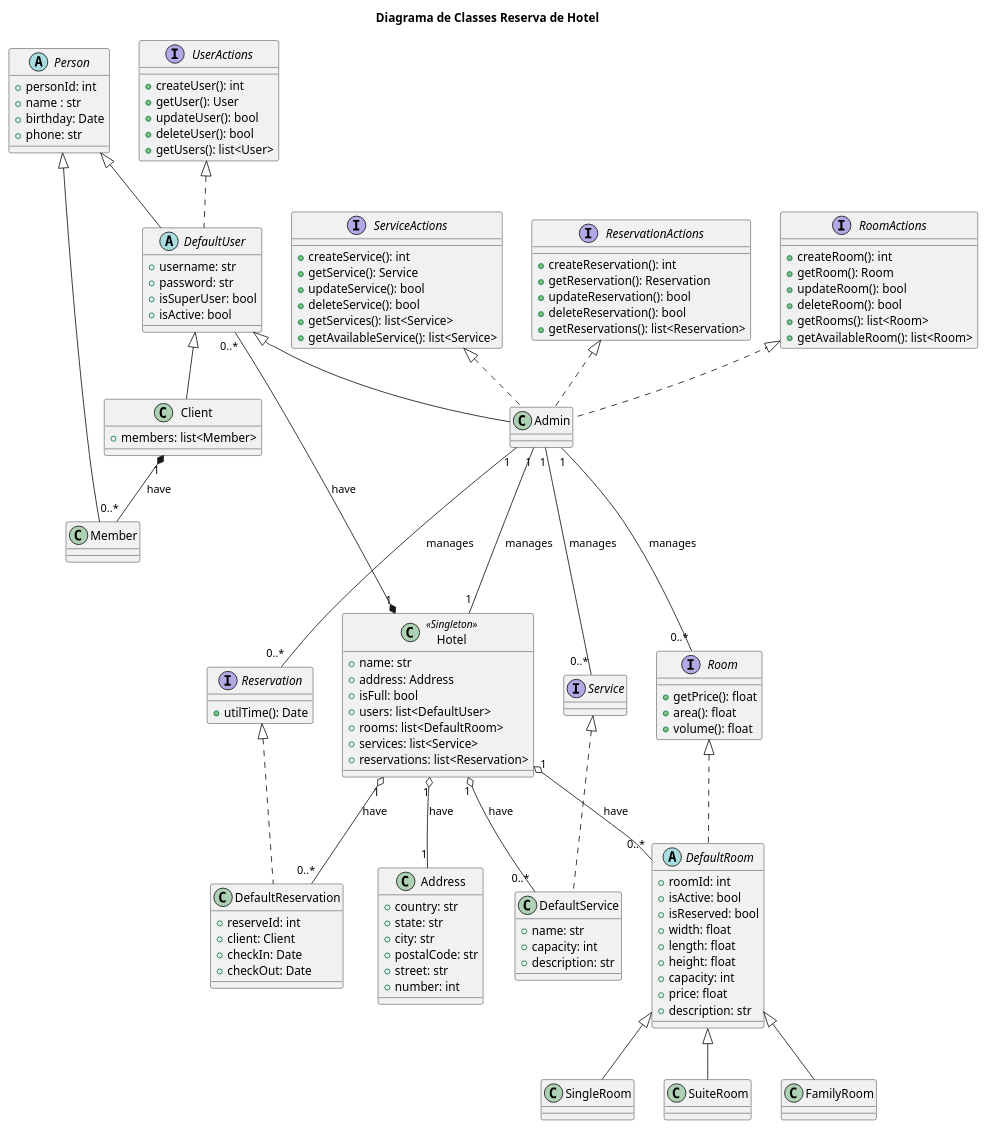
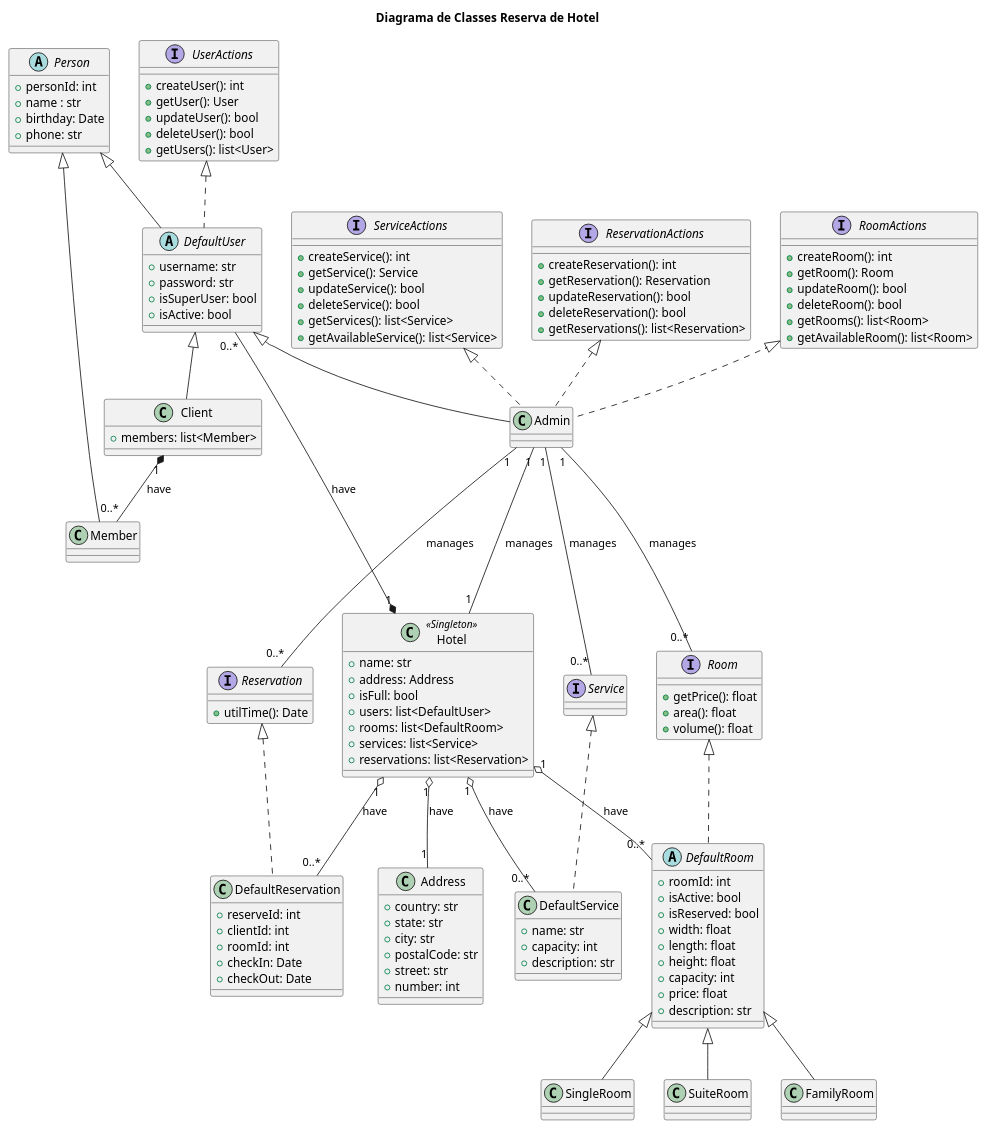
One commit to azmovi/reserva-de-hotel changed the diagram in diagrama_de_classes.iuml. Above: the diagram before and after it, drawn with PlantUML.

Commit message:
vou me matar

```diff
--- a/diagrama_de_classes.iuml
+++ b/diagrama_de_classes.iuml
@@ -1,142 +1,143 @@
 @startuml
 title Diagrama de Classes Reserva de Hotel
 
 abstract class Person {
     +personId: int 
     +name : str
     +birthday: Date
     +phone: str
 }
 
 interface UserActions {
     +createUser(): int
     +getUser(): User
     +updateUser(): bool
     +deleteUser(): bool
     +getUsers(): list<User>
 }
 
 interface ReservationActions {
     +createReservation(): int
     +getReservation(): Reservation
     +updateReservation(): bool
     +deleteReservation(): bool
     +getReservations(): list<Reservation>
 }
 
 class Client extends DefaultUser {
     +members: list<Member> 
 }
 
 abstract class DefaultUser extends Person implements UserActions {
     +username: str
     +password: str
     +isSuperUser: bool 
     +isActive: bool 
 }
 
 class Admin extends DefaultUser implements ReservationActions, RoomActions, ServiceActions {
 
 }
 
 
 class Member extends Person {
 }
 
 
 class Hotel <<Singleton>> {
     +name: str
     +address: Address
     +isFull: bool
     +users: list<DefaultUser>
     +rooms: list<DefaultRoom>
     +services: list<Service>
     +reservations: list<Reservation>
 }
 
 interface RoomActions {
     +createRoom(): int
     +getRoom(): Room
     +updateRoom(): bool
     +deleteRoom(): bool
     +getRooms(): list<Room>
     +getAvailableRoom(): list<Room>
 }
 
 interface ServiceActions {
     +createService(): int
     +getService(): Service
     +updateService(): bool
     +deleteService(): bool
     +getServices(): list<Service>
     +getAvailableService(): list<Service>
 }
 
 class Address {
     +country: str
     +state: str
     +city: str
     +postalCode: str
     +street: str
     +number: int
 }
 
 interface Room {
     +getPrice(): float
     +area(): float
     +volume(): float
 }
 
 abstract class DefaultRoom implements Room {
     +roomId: int
     +isActive: bool
     +isReserved: bool
     +width: float
     +length: float
     +height: float
     +capacity: int
     +price: float
     +description: str
 }
 
 
 class SingleRoom extends DefaultRoom {
 }
 
 class SuiteRoom extends DefaultRoom {
 }
 
 class FamilyRoom extends DefaultRoom {
 }
 
 class DefaultService implements Service {
     +name: str
     +capacity: int 
     +description: str
 }
 
 interface Reservation {
     +utilTime(): Date
 }
 
 class DefaultReservation implements Reservation {
     +reserveId: int
-    +client: Client 
+    +clientId: int 
+    +roomId: int 
     +checkIn: Date
     +checkOut: Date
 
 }
 
 Hotel "1" o-- "1"     Address: have
 Hotel "1" *-- "0..*"  DefaultUser: have
 Hotel "1" o-- "0..*"  DefaultRoom: have
 Hotel "1" o-- "0..*"  DefaultService: have
 Hotel "1" o-- "0..*"  DefaultReservation: have
 
 Admin "1" --- "0..*"  Service: manages
 Admin "1" --- "0..*"  Room: manages
 Admin "1" --- "0..*"  Reservation: manages
 Admin "1" --- "1"     Hotel: manages
 
 Client "1" *-- "0..*" Member: have
 @enduml
```
